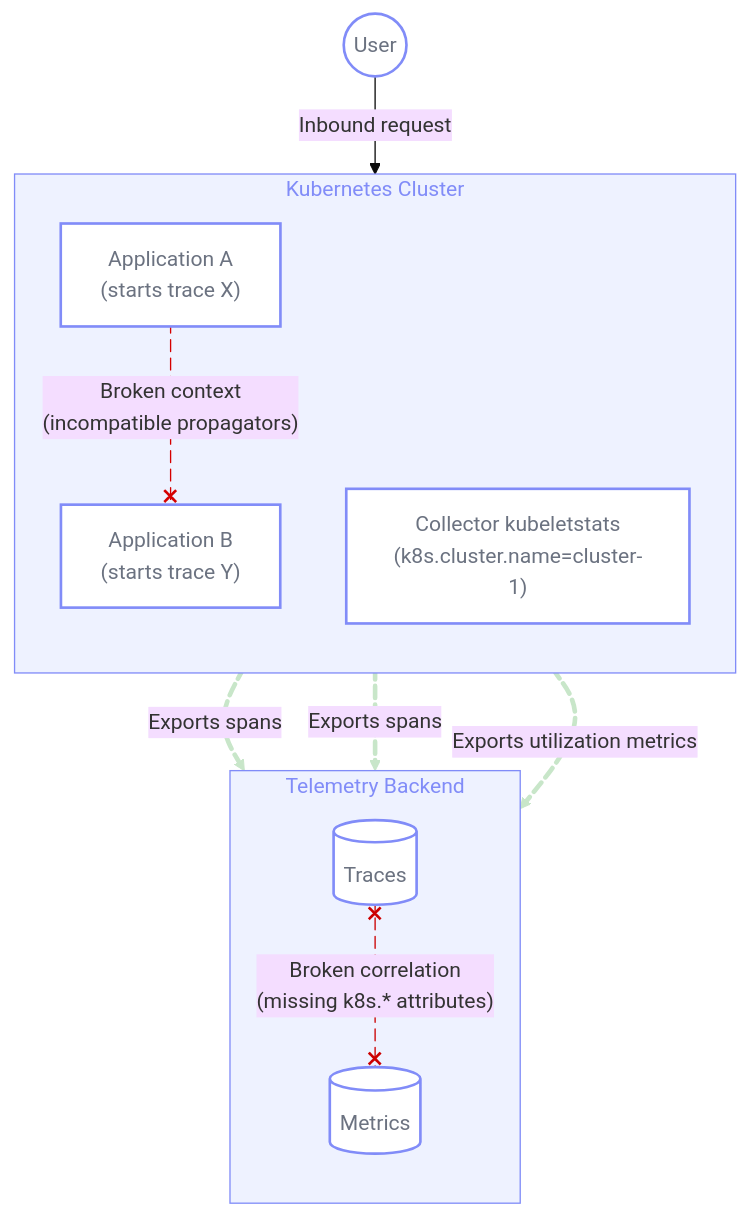
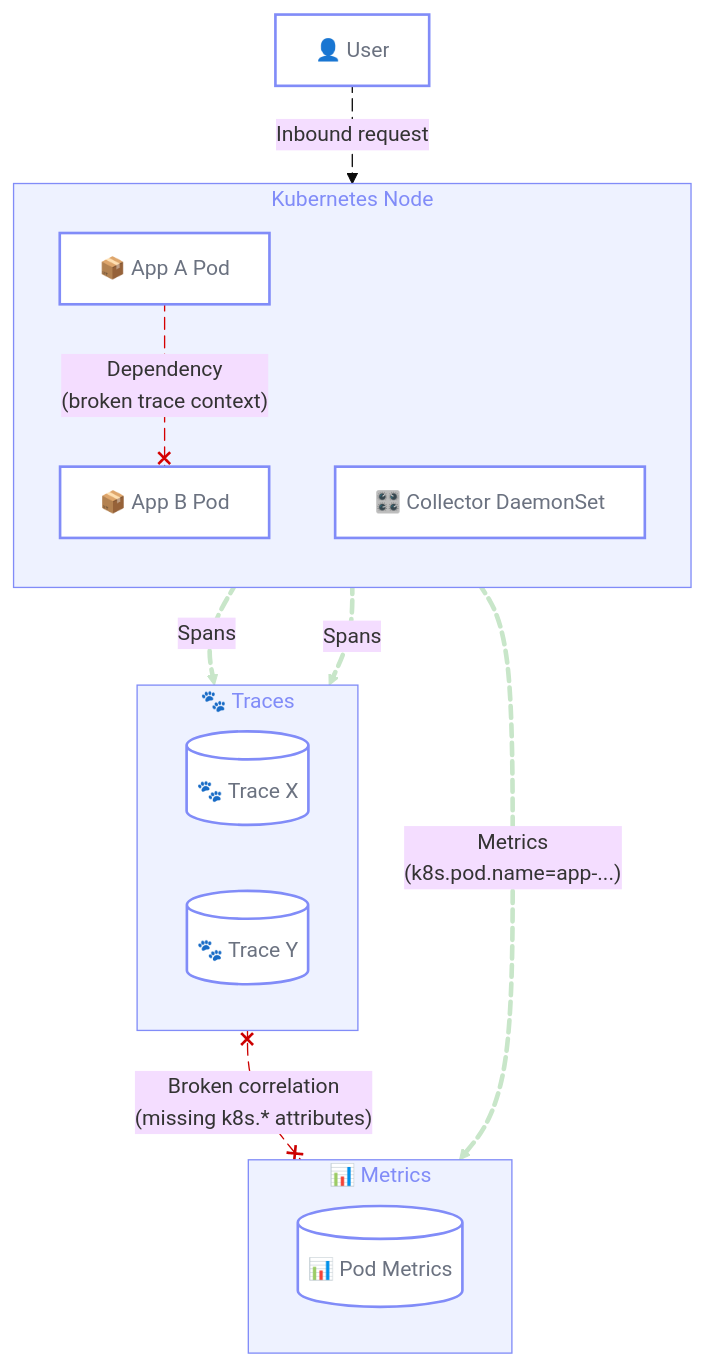
Before and after one commit to open-telemetry/opentelemetry.io: the first of 4 diagrams in content/en/docs/guidance/blueprints/centralized-platforms.md, drawn with Mermaid (base theme).

Commit message:
Diagram 1 changes

````diff
--- a/content/en/docs/guidance/blueprints/centralized-platforms.md
+++ b/content/en/docs/guidance/blueprints/centralized-platforms.md
@@ -82,46 +82,48 @@
 ```mermaid
 ---
 config:
   flowchart:
     curve: basis
 ---
 flowchart TB
-  subgraph Cluster["Kubernetes Cluster"]
+  subgraph K8sNode["Kubernetes Node"]
     direction TB
-      AppA["Application A<br>(starts trace X)"]
-      AppB["Application B<br>(starts trace Y)"]
-      Collector["Collector kubeletstats<br>(k8s.cluster.name=cluster-1)"]
+    AppA["📦 App A Pod"]:::node
+    AppB["📦 App B Pod"]:::node
+    Collector["🎛️ Collector DaemonSet"]:::node
   end
-  subgraph Backend["Telemetry Backend"]
-    direction TB
-      Traces[("Traces")]
-      Metrics[("Metrics")]
+
+  subgraph TracesDB["🐾️ Traces"]
+    direction LR
+    TraceX[("🐾 Trace X")]:::node
+    TraceY[("🐾 Trace Y")]:::node
   end
-    User(("User")) -- Inbound request --> AppA
-    AppA L_AppA_AppB_0@-. Broken context<br>(incompatible propagators) .-x AppB
-    Traces L_Traces_Metrics_0@x-. "Broken correlation<br>(missing k8s.* attributes)" .-x Metrics
-    AppA L_AppA_Traces_0@== Exports spans ==> Traces
-    AppB L_AppB_Traces_0@== Exports spans ==> Traces
-    Collector L_Collector_Metrics_0@== Exports utilization metrics ==> Metrics
 
-      AppA:::node
-      AppB:::node
-      Collector:::node
-      Traces:::node
-      Metrics:::node
-      User:::node
-    classDef node fill:#ffffff, stroke:#818cf8, stroke-width:2px, color:#6b7280
-    style Cluster fill:#eef2ff, stroke:#818cf8, stroke-width:1px, color:#818cf8
-    style Backend fill:#eef2ff, stroke:#818cf8, stroke-width:1px, color:#818cf8
-    linkStyle 1 stroke:#D50000, fill:none,fill:none
-    linkStyle 2 stroke:#cc0000, fill:none,fill:none
-    linkStyle 3 stroke:#C8E6C9, fill:none,fill:none
-    linkStyle 4 stroke:#C8E6C9, fill:none,fill:none
-    linkStyle 5 stroke:#C8E6C9, fill:none,fill:none
+  subgraph MetricsDB["📊️ Metrics"]
+    Metrics[("📊 Pod Metrics")]:::node
+  end
 
-    L_AppA_AppB_0@{ animation: slow }
-    L_Traces_Metrics_0@{ animation: slow }
-    L_AppA_Traces_0@{ animation: fast }
-    L_AppB_Traces_0@{ animation: fast }
-    L_Collector_Metrics_0@{ animation: fast }
+  User["👤 User"]:::node
+
+  User L_User_AppA@-- Inbound request --> AppA
+  AppA L_AppA_AppB@-. "Dependency<br>(broken trace context)" .-x AppB
+  TracesDB L_TracesDB_MetricsDB@x-. "Broken correlation<br>(missing k8s.* attributes)" .-x MetricsDB
+  AppA L_AppA_TraceX@== Spans ==> TraceX
+  AppB L_AppB_TraceY@== Spans ==> TraceY
+  Collector L_Collector_MetricsDB@== "Metrics<br>(k8s.pod.name=app-...)" ==> MetricsDB
+
+  classDef node fill:#ffffff, stroke:#818cf8, stroke-width:2px, color:#6b7280
+  style K8sNode fill:#eef2ff, stroke:#818cf8, stroke-width:1px, color:#818cf8
+  style TracesDB fill:#eef2ff, stroke:#818cf8, stroke-width:1px, color:#818cf8
+  style MetricsDB fill:#eef2ff, stroke:#818cf8, stroke-width:1px, color:#818cf8
+  linkStyle 1 stroke:#D50000, fill:none
+  linkStyle 2 stroke:#cc0000, fill:none
+  linkStyle 3,4,5 stroke:#C8E6C9, fill:none
+
+  L_User_AppA@{ animation: slow }
+  L_AppA_AppB@{ animation: slow }
+  L_TracesDB_MetricsDB@{ animation: slow }
+  L_AppA_TraceX@{ animation: fast }
+  L_AppB_TraceY@{ animation: fast }
+  L_Collector_MetricsDB@{ animation: fast }
 ```
````
